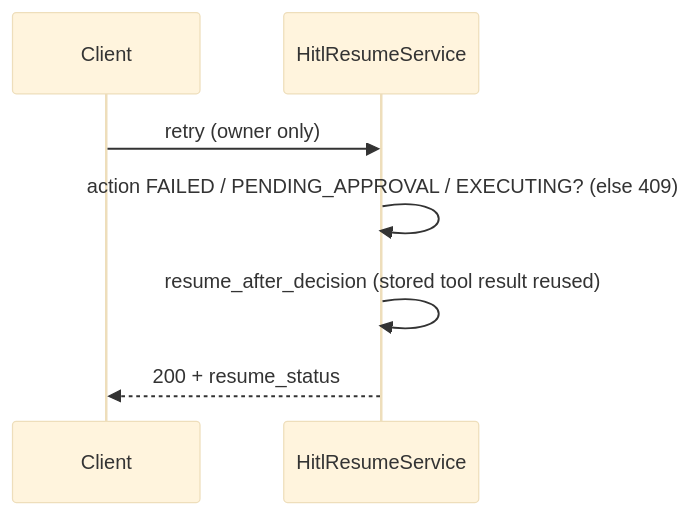
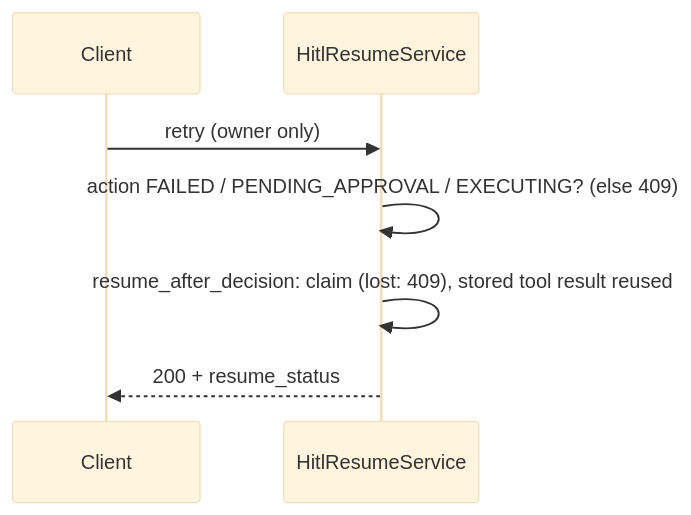
One commit to bharatkse/juris-ai changed the fifth of 5 diagrams in server/src/agentic/README.md. Above: the diagram before and after it, drawn with Mermaid (base theme). The commit also changed other lines of this file, not shown here.

Commit message:
docs(agentic): document resume claims and usage recorded however a request ends

````diff
--- a/server/src/agentic/README.md
+++ b/server/src/agentic/README.md
@@ -336,9 +350,9 @@
 ```mermaid
 sequenceDiagram
     participant C as Client
     participant HR as HitlResumeService
     C->>HR: retry (owner only)
     HR->>HR: action FAILED / PENDING_APPROVAL / EXECUTING? (else 409)
-    HR->>HR: resume_after_decision (stored tool result reused)
+    HR->>HR: resume_after_decision: claim (lost: 409), stored tool result reused
     HR-->>C: 200 + resume_status
 ```
````
